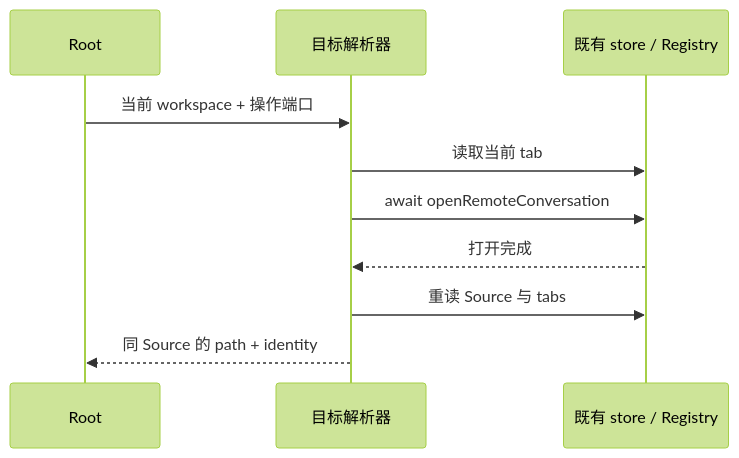
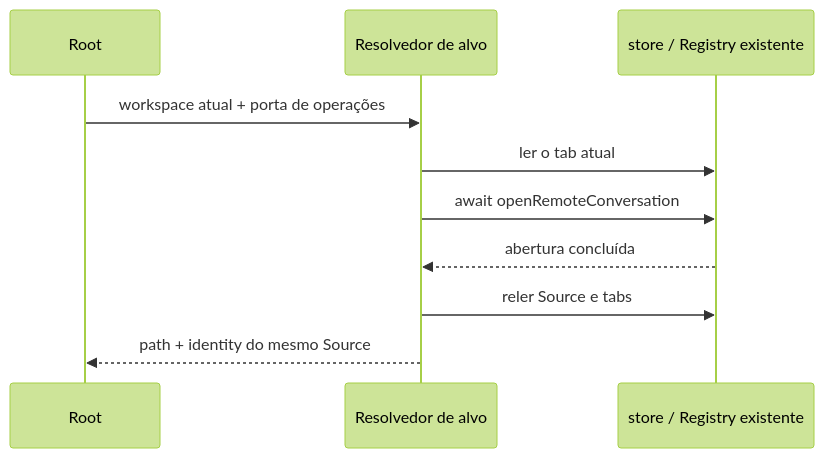
The diagram in docs/conversation-workspace-target-module.md (JoaoNetoDev/BR-Code), drawn with Mermaid (forest theme) before and after one commit. The commit also changed other lines of this file and 177 other files, not shown here.

````diff
--- a/docs/conversation-workspace-target-module.md
+++ b/docs/conversation-workspace-target-module.md
@@ -17,12 +17,12 @@
 ```mermaid
 sequenceDiagram
   participant Root
-  participant Resolver as 目标解析器
-  participant Owner as 既有 store / Registry
-  Root->>Resolver: 当前 workspace + 操作端口
-  Resolver->>Owner: 读取当前 tab
+  participant Resolver as Resolvedor de alvo
+  participant Owner as store / Registry existente
+  Root->>Resolver: workspace atual + porta de operações
+  Resolver->>Owner: ler o tab atual
   Resolver->>Owner: await openRemoteConversation
-  Owner-->>Resolver: 打开完成
-  Resolver->>Owner: 重读 Source 与 tabs
-  Resolver-->>Root: 同 Source 的 path + identity
+  Owner-->>Resolver: abertura concluída
+  Resolver->>Owner: reler Source e tabs
+  Resolver-->>Root: path + identity do mesmo Source
 ```
````
